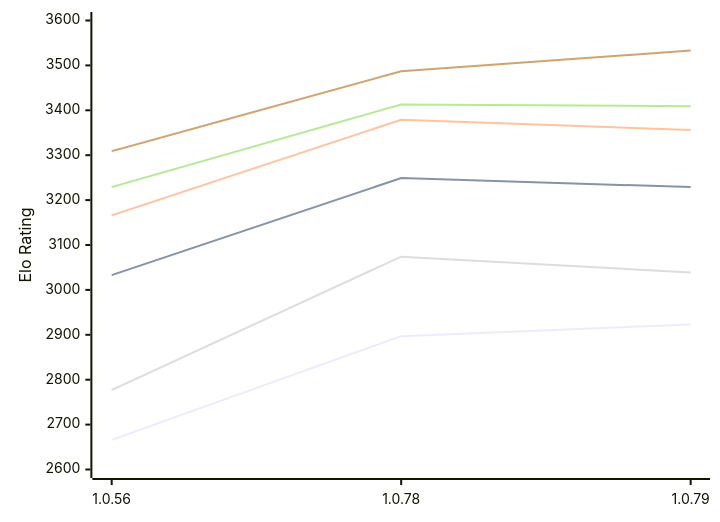
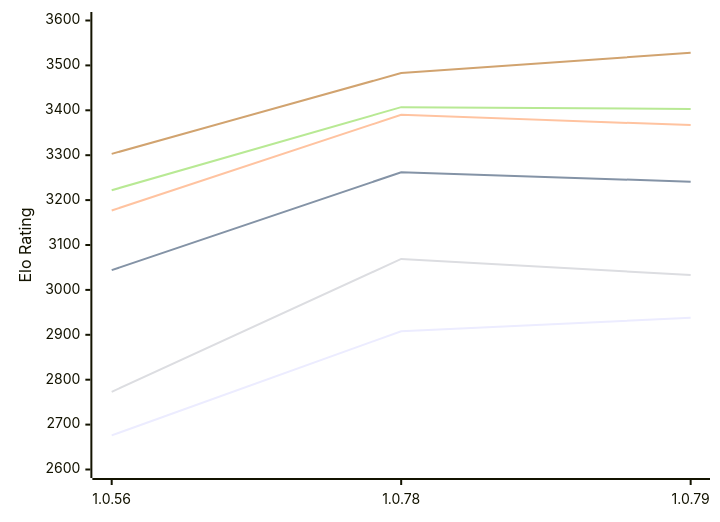
The first of 2 diagrams in engines/RustyRival.md (computer-chess-index/cci), drawn with Mermaid before and after one commit. The commit also changed other lines of this file, not shown here.

Commit message:
Update CCI Ratings (ELO VLTC) - 2026-11-06

````diff
--- a/engines/RustyRival.md
+++ b/engines/RustyRival.md
@@ -65,12 +65,12 @@
 ```mermaid
 %%{init: {"theme":"base","themeVariables":{"seriesColors:['#a3a3a3','#222221','#faa371']}}}%%
 xychart-beta
   x-axis ["1.0.56", "1.0.78", "1.0.79"]
   y-axis "Elo Rating" 2600 --> 3600
-  line "E1: STC (8.0+0.08s)" [2666, 2897, 2923]
-  line "E1: LTC (60.0+0.60s)" [3033, 3249, 3229]
-  line "E1: VLTC (2m24s+1.12s)" [3166, 3379, 3356]
-  line "P1: STC (8.0+0.08s)" [2777, 3074, 3039]
-  line "P1: LTC (60.0+0.60s)" [3229, 3413, 3409]
-  line "P1: VLTC (2m24s+1.12s)" [3309, 3487, 3533]
+  line "E1: STC (8.0+0.08s)" [2676, 2908, 2938]
+  line "E1: LTC (60.0+0.60s)" [3044, 3262, 3241]
+  line "E1: VLTC (2m24s+1.12s)" [3177, 3390, 3367]
+  line "P1: STC (8.0+0.08s)" [2773, 3069, 3033]
+  line "P1: LTC (60.0+0.60s)" [3222, 3407, 3403]
+  line "P1: VLTC (2m24s+1.12s)" [3303, 3483, 3528]
 ```
````
